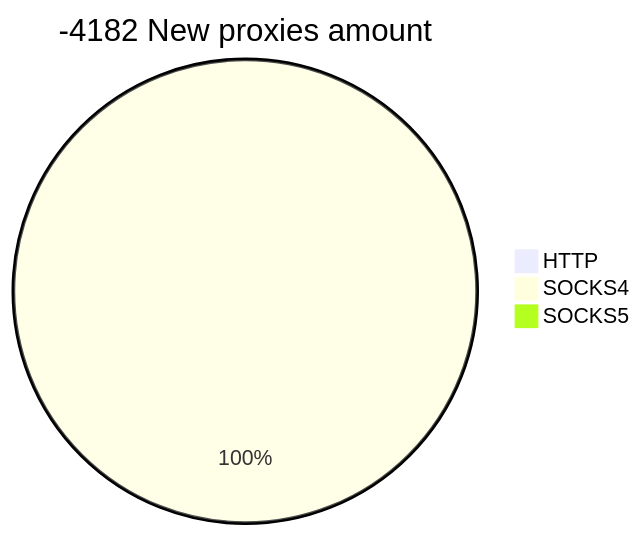
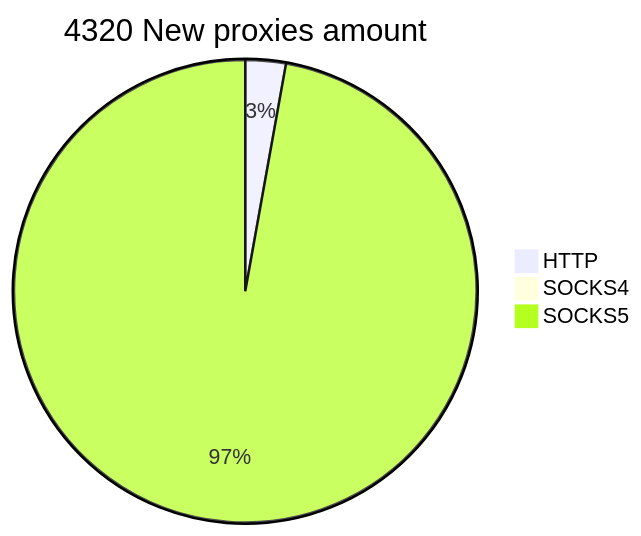
The second of 2 diagrams in README.md (cutipu/proxylist), drawn with Mermaid before and after one commit. The commit also changed other lines of this file, not shown here.

````diff
--- a/README.md
+++ b/README.md
@@ -10,6 +10,6 @@
 ```mermaid
-pie title -4182 New proxies amount
-    "HTTP" : 0
-    "SOCKS4" : 12
-    "SOCKS5" : 0
+pie title 4320 New proxies amount
+    "HTTP" : 122
+    "SOCKS4" : 0
+    "SOCKS5" : 4198
 ```
````
